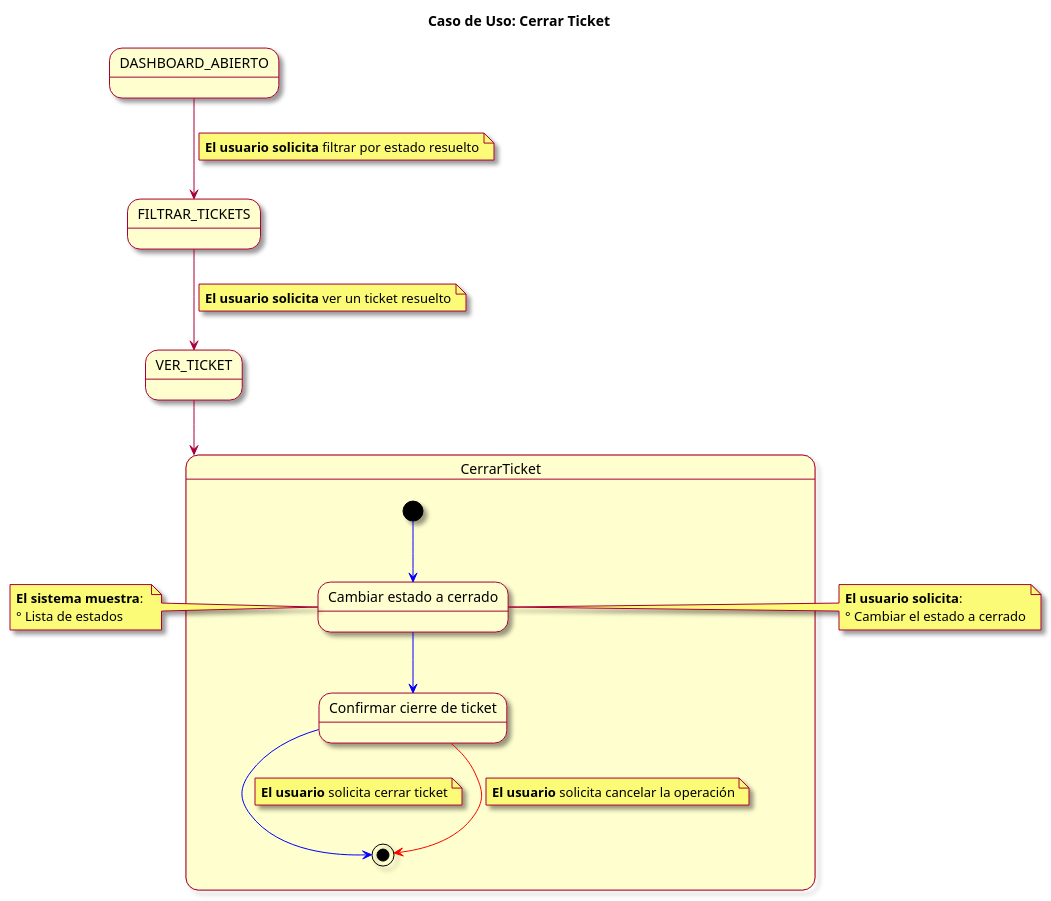
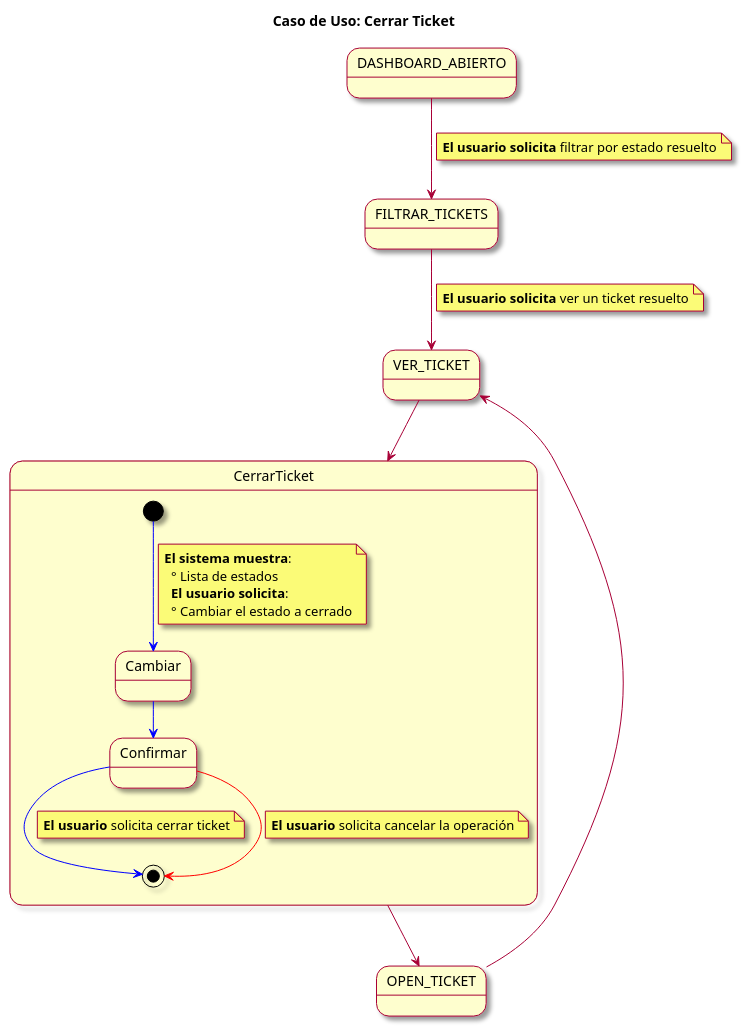
Before and after one commit to mmasias/23-24-IdSw1-SDR: the diagram in modelosUML/CasosDeUsos/CasosDetallados/CerrarTicket.puml, drawn with PlantUML.

Commit message:
cambios en CerrarTicket

```diff
--- a/modelosUML/CasosDeUsos/CasosDetallados/CerrarTicket.puml
+++ b/modelosUML/CasosDeUsos/CasosDetallados/CerrarTicket.puml
@@ -1,39 +1,43 @@
 @startuml
 skin rose
 title Caso de Uso: Cerrar Ticket
 
 state DASHBOARD_ABIERTO
 state VER_TICKET
 state FILTRAR_TICKETS
+state OPEN_TICKET
 
 DASHBOARD_ABIERTO --> FILTRAR_TICKETS
 note on link: **El usuario solicita** filtrar por estado resuelto
 FILTRAR_TICKETS --> VER_TICKET
 note on link: **El usuario solicita** ver un ticket resuelto
 VER_TICKET --> CerrarTicket
+CerrarTicket --> OPEN_TICKET
+OPEN_TICKET --> VER_TICKET
 
 state CerrarTicket {
 
   [*] -[#blue]-> ingresarVerTicket
-  state "Cambiar estado a cerrado" as ingresarVerTicket
+note on link
+**El sistema muestra**: 
+  ° Lista de estados
+  **El usuario solicita**: 
+  ° Cambiar el estado a cerrado
+end note
+  state "Cambiar" as ingresarVerTicket
   ingresarVerTicket -[#blue]-> confirmarCierre
-  state "Confirmar cierre de ticket" as confirmarCierre
+  state "Confirmar" as confirmarCierre
   confirmarCierre -[#blue]-> [*]
   note on link: **El usuario** solicita cerrar ticket
     
   confirmarCierre -[#red]-> [*]
   note on link: **El usuario** solicita cancelar la operación
+
+
+
     
 }
 
-note left of ingresarVerTicket
-  **El sistema muestra**: 
-  ° Lista de estados
-end note
 
-note left of ingresarVerTicket
-  **El usuario solicita**: 
-  ° Cambiar el estado a cerrado
-end note
 
 @enduml
```
